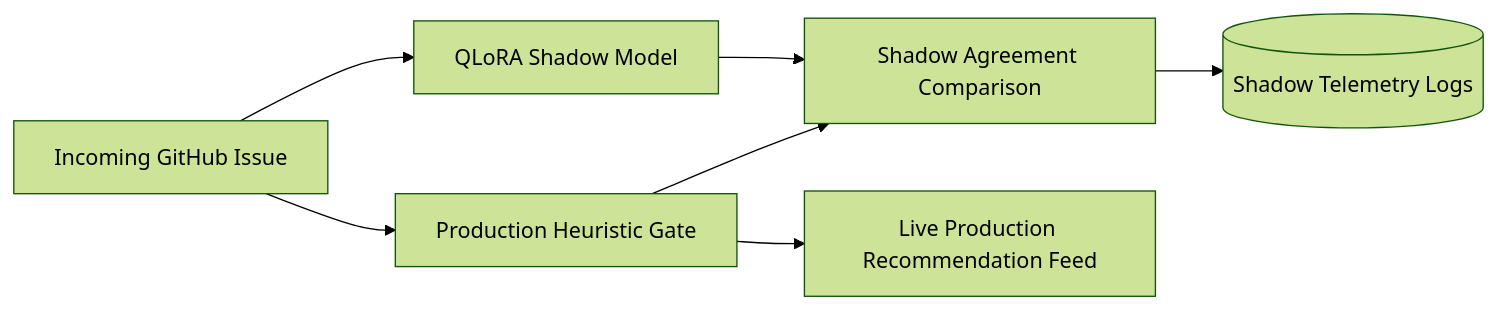
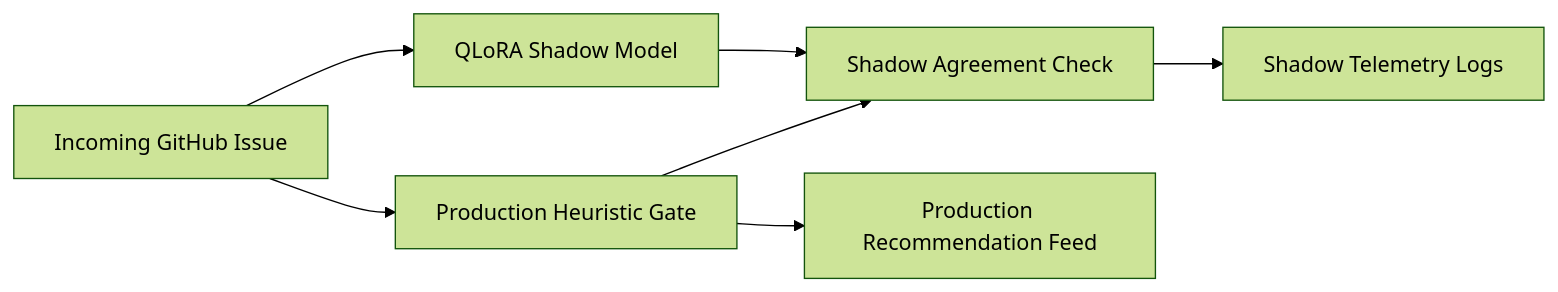
One commit to sriharizz/gitnova changed the third of 3 diagrams in README.md. Above: the diagram before and after it, drawn with Mermaid (forest theme). The commit also changed other lines of this file, not shown here.

Commit message:
docs: remove live demo guide section and streamline horizontal mermaid diagrams

````diff
--- a/README.md
+++ b/README.md
@@ -133,9 +135,9 @@
 ```mermaid
 flowchart LR
-    Issue[Incoming GitHub Issue] --> ProdGate[Production Heuristic Gate]
-    Issue --> ShadowQLoRA[QLoRA Shadow Model]
-    ProdGate --> Comp[Shadow Agreement Comparison]
+    Issue["Incoming GitHub Issue"] --> ProdGate["Production Heuristic Gate"]
+    Issue --> ShadowQLoRA["QLoRA Shadow Model"]
+    ProdGate --> Comp["Shadow Agreement Check"]
     ShadowQLoRA --> Comp
-    Comp --> Telemetry[(Shadow Telemetry Logs)]
-    ProdGate --> LiveFeed[Live Production Recommendation Feed]
+    Comp --> Telemetry["Shadow Telemetry Logs"]
+    ProdGate --> LiveFeed["Production Recommendation Feed"]
 ```
````
